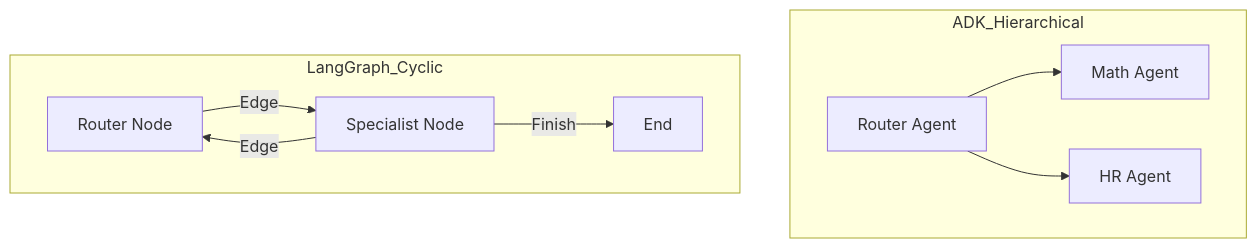
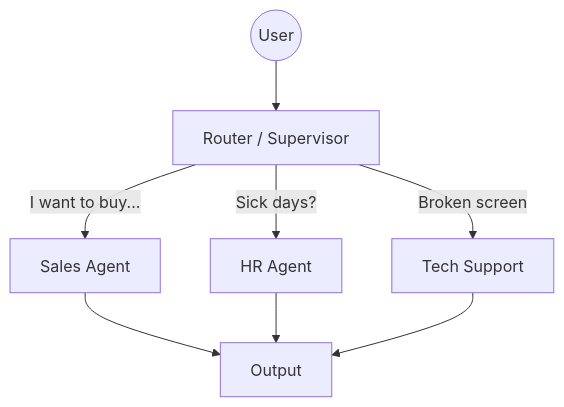
Before and after one commit to dnpunjabi/adk-langchain-journey: the fourth of 7 diagrams in CONCEPTS_README.md, drawn with Mermaid. The commit also changed other lines of this file and 65 other files, not shown here.

Commit message:
feat: complete ADK Streamlit dashboard, fix history traces, and upgrade Level 10 agent with search

````diff
--- a/CONCEPTS_README.md
+++ b/CONCEPTS_README.md
@@ -176,13 +238,10 @@
 ```mermaid
 graph TD
-    subgraph ADK_Hierarchical
-        A[Router Agent] --> B[Math Agent]
-        A --> C[HR Agent]
-    end
-
-    subgraph LangGraph_Cyclic
-        D[Router Node] -- Edge --> E[Specialist Node]
-        E -- Edge --> D
-        E -- Finish --> F[End]
-    end
+    User((User)) --> Router[Router / Supervisor]
+    Router -- "I want to buy..." --> Sales[Sales Agent]
+    Router -- "Sick days?" --> HR[HR Agent]
+    Router -- "Broken screen" --> Tech[Tech Support]
+    Sales --> Output
+    HR --> Output
+    Tech --> Output
 ```
````
